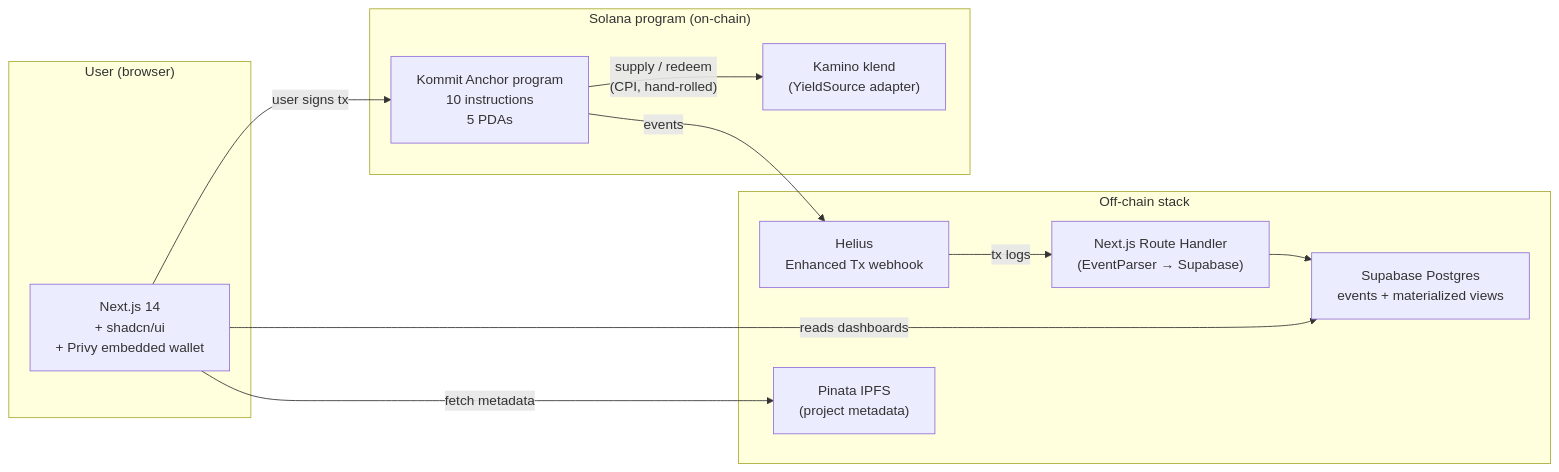
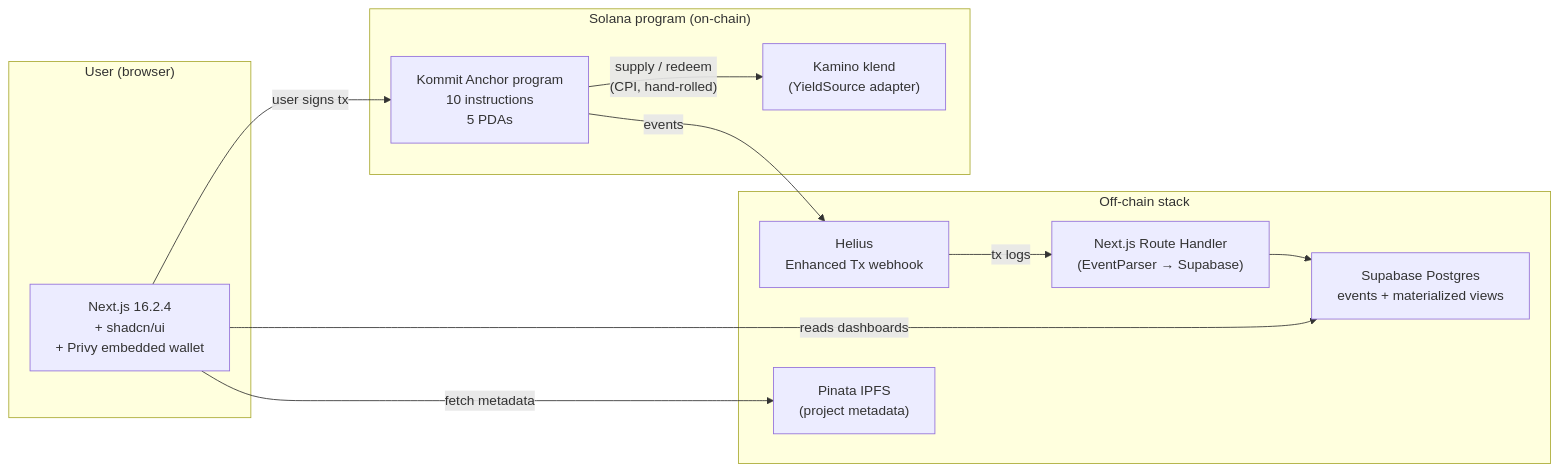
One commit to lamentierschweinchen/kommit changed the diagram in README.md. Above: the diagram before and after it, drawn with Mermaid. The commit also changed other lines of this file and 22 other files, not shown here.

````diff
--- a/README.md
+++ b/README.md
@@ -41,26 +41,26 @@
 ```mermaid
 flowchart LR
     subgraph User["User (browser)"]
-        Frontend["Next.js 14<br/>+ shadcn/ui<br/>+ Privy embedded wallet"]
+        Frontend["Next.js 16.2.4<br/>+ shadcn/ui<br/>+ Privy embedded wallet"]
     end
 
     subgraph OnChain["Solana program (on-chain)"]
         Kommit["Kommit Anchor program<br/>10 instructions<br/>5 PDAs"]
         Klend["Kamino klend<br/>(YieldSource adapter)"]
         Kommit -- "supply / redeem<br/>(CPI, hand-rolled)" --> Klend
     end
 
     subgraph OffChain["Off-chain stack"]
         Helius["Helius<br/>Enhanced Tx webhook"]
         Indexer["Next.js Route Handler<br/>(EventParser → Supabase)"]
         Supabase["Supabase Postgres<br/>events + materialized views"]
         IPFS["Pinata IPFS<br/>(project metadata)"]
         Helius -- "tx logs" --> Indexer
         Indexer --> Supabase
     end
 
     Frontend -- "user signs tx" --> Kommit
     Kommit -- "events" --> Helius
     Frontend -- "reads dashboards" --> Supabase
     Frontend -- "fetch metadata" --> IPFS
 ```
````
